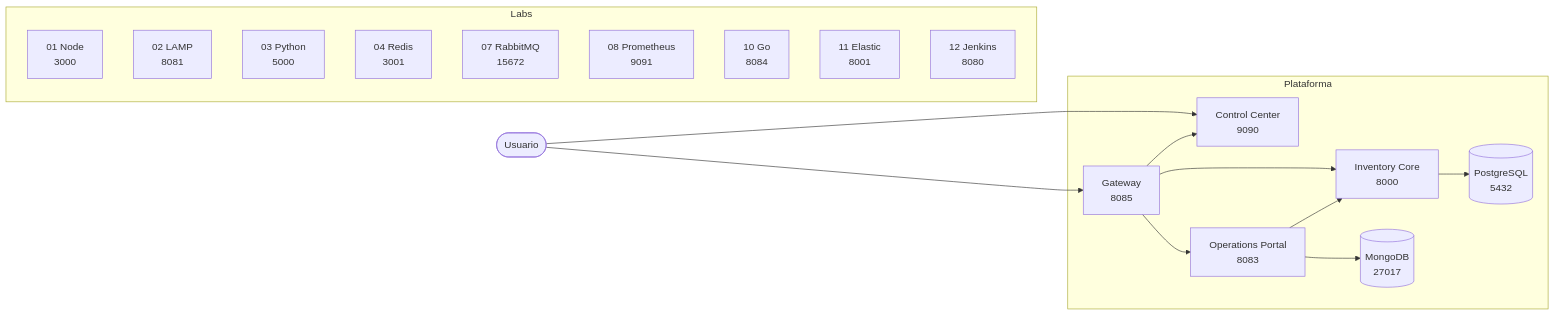
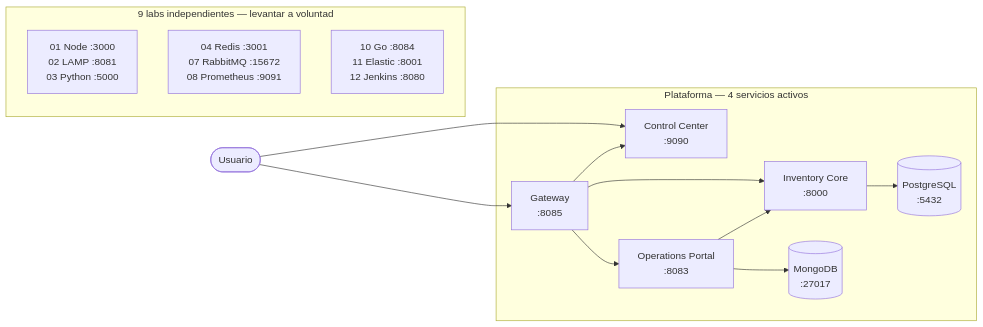
The diagram in README.md (vladimiracunadev-create/docker-labs), drawn with Mermaid before and after one commit.

Commit message:
fix: replace \n with <br/> in Mermaid node labels for GitHub rendering

````diff
--- a/README.md
+++ b/README.md
@@ -39,30 +39,24 @@
 ```mermaid
 flowchart LR
     U([Usuario])
 
-    subgraph Plataforma
-        CC[Control Center\n9090]
-        GW[Gateway\n8085]
-        IC[Inventory Core\n8000]
-        OP[Operations Portal\n8083]
-        PG[(PostgreSQL\n5432)]
-        MG[(MongoDB\n27017)]
+    subgraph P["Plataforma — 4 servicios activos"]
+        CC["Control Center<br/>:9090"]
+        GW["Gateway<br/>:8085"]
+        IC["Inventory Core<br/>:8000"]
+        OP["Operations Portal<br/>:8083"]
+        PG[("PostgreSQL<br/>:5432")]
+        MG[("MongoDB<br/>:27017")]
     end
 
-    subgraph Labs
-        L01[01 Node\n3000]
-        L02[02 LAMP\n8081]
-        L03[03 Python\n5000]
-        L04[04 Redis\n3001]
-        L07[07 RabbitMQ\n15672]
-        L08[08 Prometheus\n9091]
-        L10[10 Go\n8084]
-        L11[11 Elastic\n8001]
-        L12[12 Jenkins\n8080]
+    subgraph L["9 labs independientes — levantar a voluntad"]
+        LA["01 Node :3000<br/>02 LAMP :8081<br/>03 Python :5000"]
+        LB["04 Redis :3001<br/>07 RabbitMQ :15672<br/>08 Prometheus :9091"]
+        LC["10 Go :8084<br/>11 Elastic :8001<br/>12 Jenkins :8080"]
     end
 
     U --> CC & GW
     GW --> CC & IC & OP
     IC --> PG
     OP --> IC & MG
 ```
````
